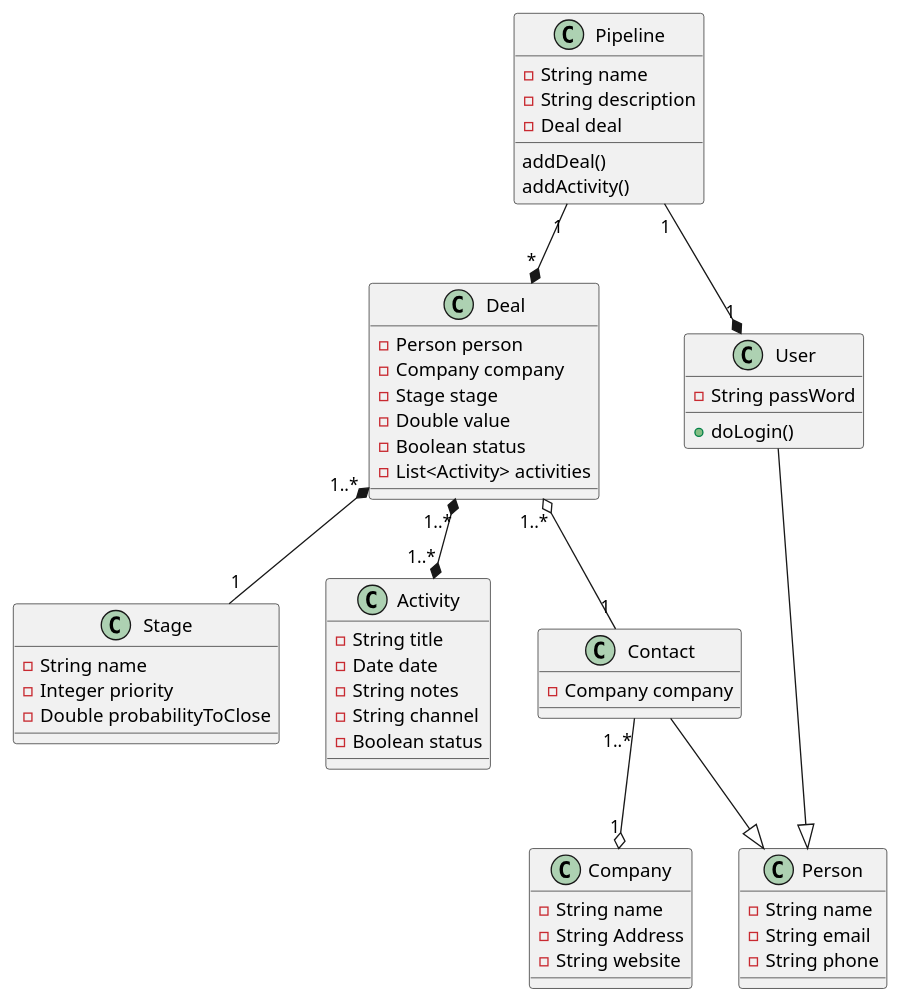
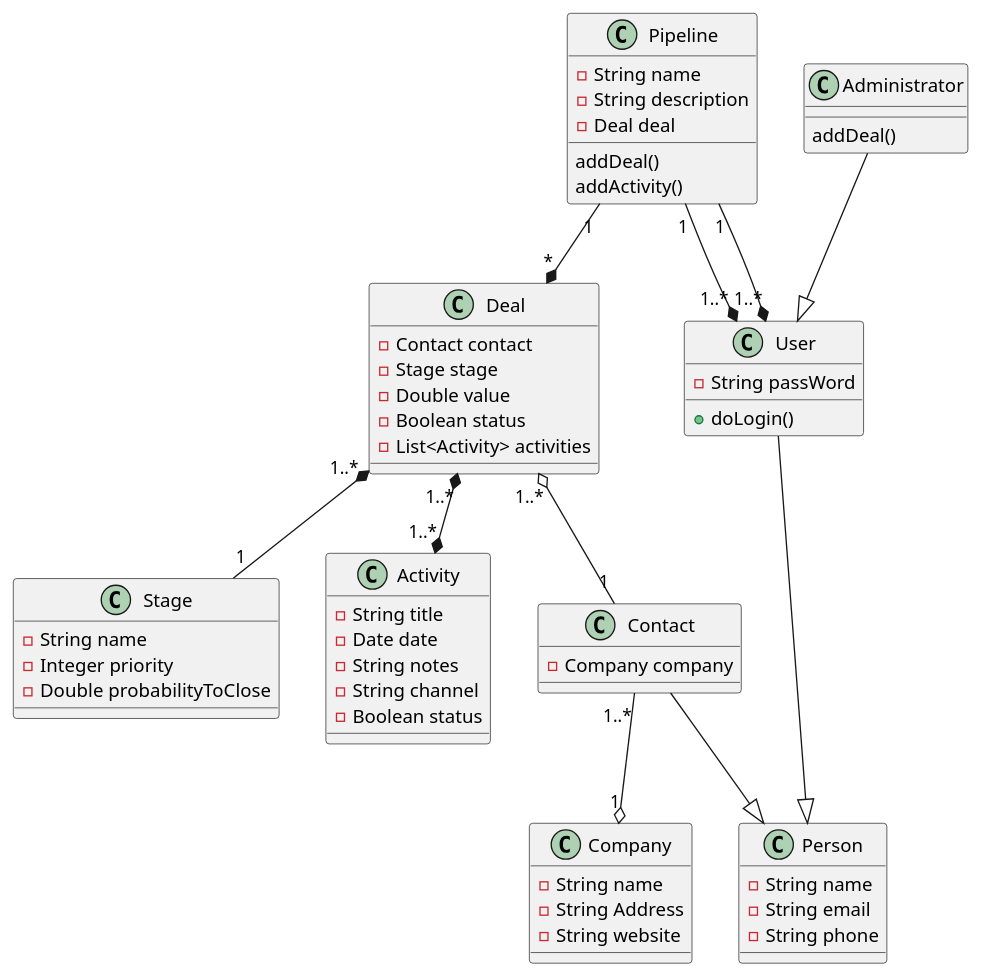
The diagram in planning/uml/crm33.plantuml (igormedeiros/crm33), drawn with PlantUML before and after one commit. The commit also changed 1 other file, not shown here.

Commit message:
UML updated

```diff
--- a/planning/uml/crm33.plantuml
+++ b/planning/uml/crm33.plantuml
@@ -1,70 +1,75 @@
 @startuml CRM33
 
 
 class Pipeline{
   -String name
   -String description
   -Deal deal
   addDeal()
   addActivity()
 
 }
 
 class Stage{
   -String name
   - Integer priority
   -Double probabilityToClose
 }
 
 class Deal{
-  -Person person
-  -Company company
+  -Contact contact
   -Stage stage
   -Double value
   -Boolean status
   -List<Activity> activities
 }
 
 
 class Activity{
   -String title
   -Date date
   -String notes
   -String channel
   -Boolean status
 
 }
 
 class Person{
   -String name
   -String email
   -String phone
 }
 
 class Contact{
   -Company company
 }
 
 class User{
   -String passWord
   +doLogin()
 }
 
+class Administrator{
+  addDeal()
+}
+
 class Company{
   -String name
   -String Address
   -String website
 
 }
 
 User --|> Person
 Contact --|> Person
+Administrator --|> User
 
 Pipeline "1" --* "*" Deal
-Pipeline "1" --* "1" User
+Pipeline "1" --* "1..*" User
+Pipeline "1" --* "1..*" User
 Deal "1..*" *-- "1" Stage 
 Deal "1..*" o-- "1" Contact
 Contact "1..*" --o "1" Company
 Deal "1..*" *--* "1..*" Activity
 
 @enduml
```
